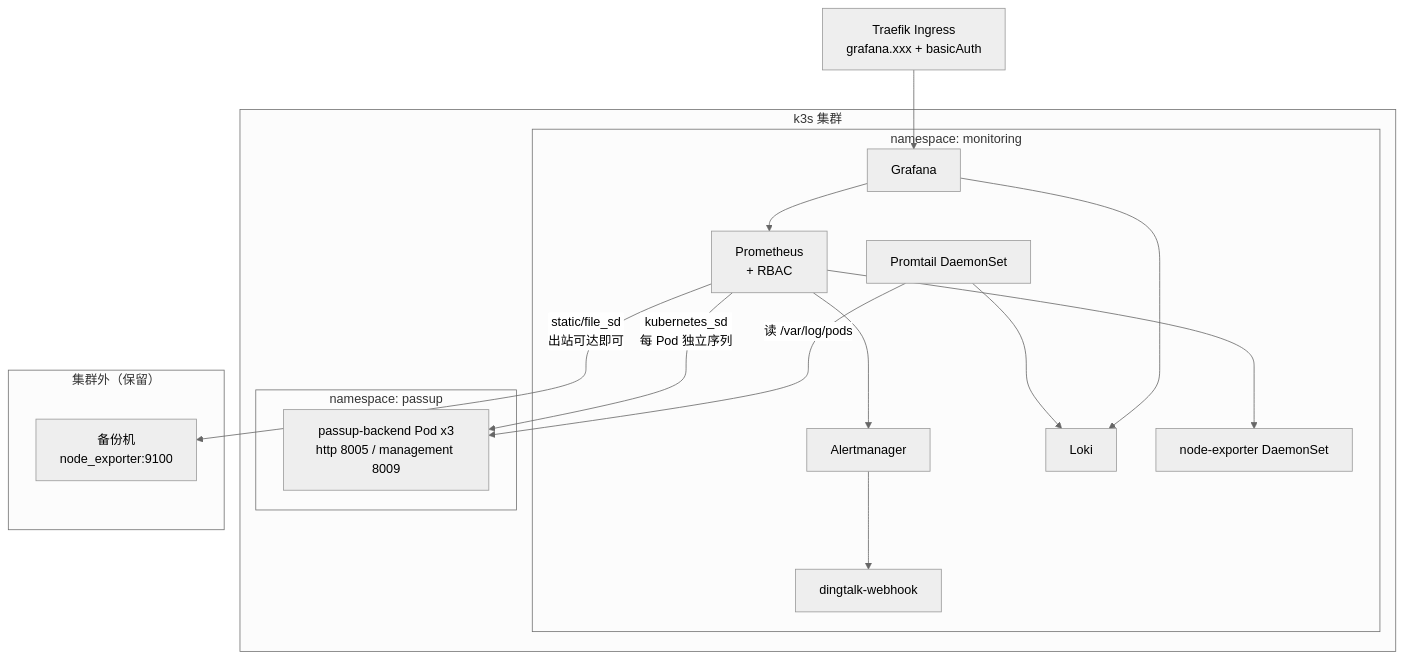
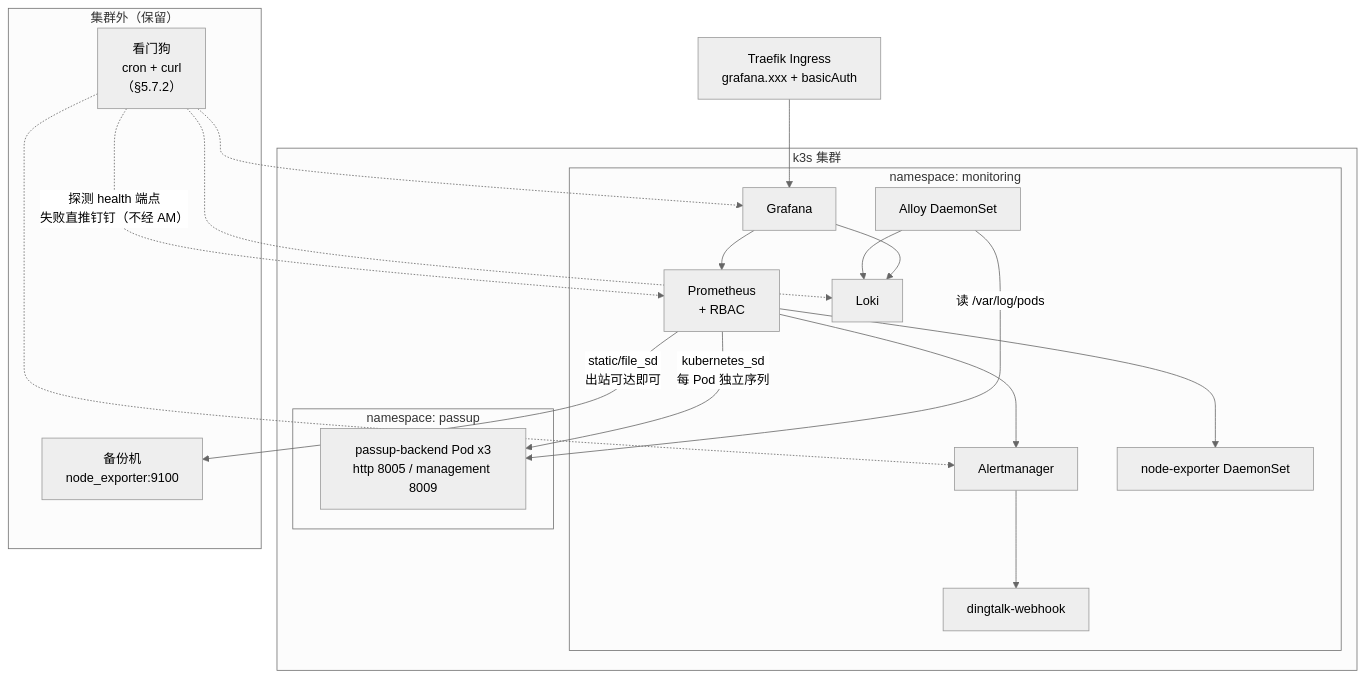
Before and after one commit to cqlql/cqlql.github.io: the diagram in docs/后端/云原生/k3s/可观测性栈迁移至集群内-方案.md, drawn with Mermaid (neutral theme). The commit also changed other lines of this file and 1 other file, not shown here.

````diff
--- a/docs/后端/云原生/k3s/可观测性栈迁移至集群内-方案.md
+++ b/docs/后端/云原生/k3s/可观测性栈迁移至集群内-方案.md
@@ -142,30 +274,35 @@
 ```mermaid
 flowchart TB
     subgraph cluster["k3s 集群"]
         subgraph mon["namespace: monitoring"]
             PROM["Prometheus<br/>+ RBAC"]
             AM["Alertmanager"]
             DT["dingtalk-webhook"]
             LOKI["Loki"]
             GRAF["Grafana"]
-            PT["Promtail DaemonSet"]
+            AL["Alloy DaemonSet"]
             NE["node-exporter DaemonSet"]
         end
         subgraph app["namespace: passup"]
             PODS["passup-backend Pod x3<br/>http 8005 / management 8009"]
         end
         PROM -->|"kubernetes_sd<br/>每 Pod 独立序列"| PODS
         PROM --> NE
         PROM --> AM --> DT
-        PT -->|"读 /var/log/pods"| PODS
-        PT --> LOKI
+        AL -->|"读 /var/log/pods"| PODS
+        AL --> LOKI
         GRAF --> PROM
         GRAF --> LOKI
     end
 
     subgraph outside["集群外（保留）"]
         BACKUP["备份机<br/>node_exporter:9100"]
+        WD["看门狗<br/>cron + curl<br/>（§5.7.2）"]
     end
     PROM -->|"static/file_sd<br/>出站可达即可"| BACKUP
+    WD -.->|"探测 health 端点<br/>失败直推钉钉（不经 AM）"| PROM
+    WD -.-> LOKI
+    WD -.-> AM
+    WD -.-> GRAF
     ING["Traefik Ingress<br/>grafana.xxx + basicAuth"] --> GRAF
 ```
````
